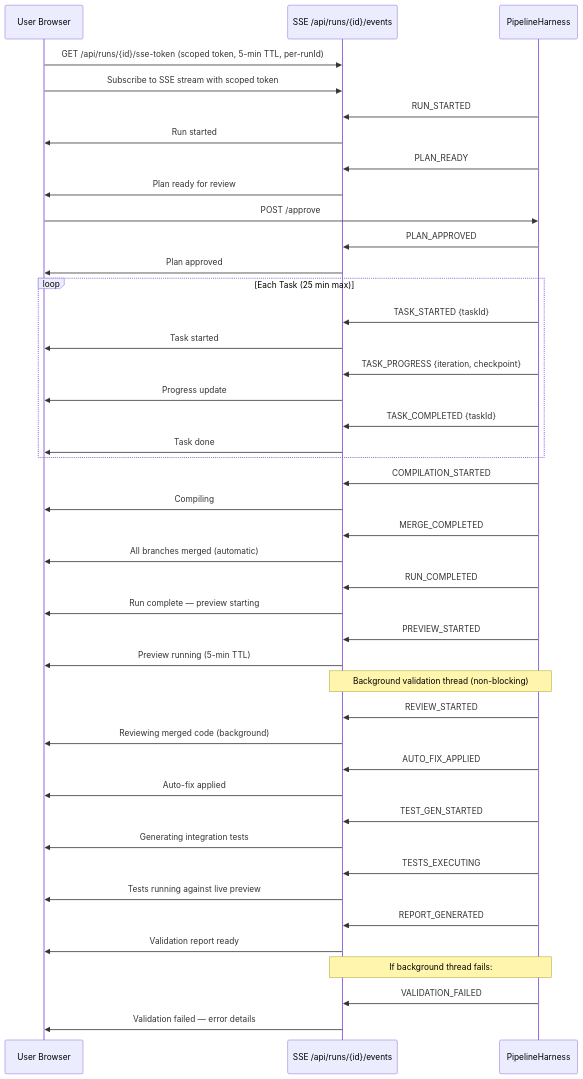
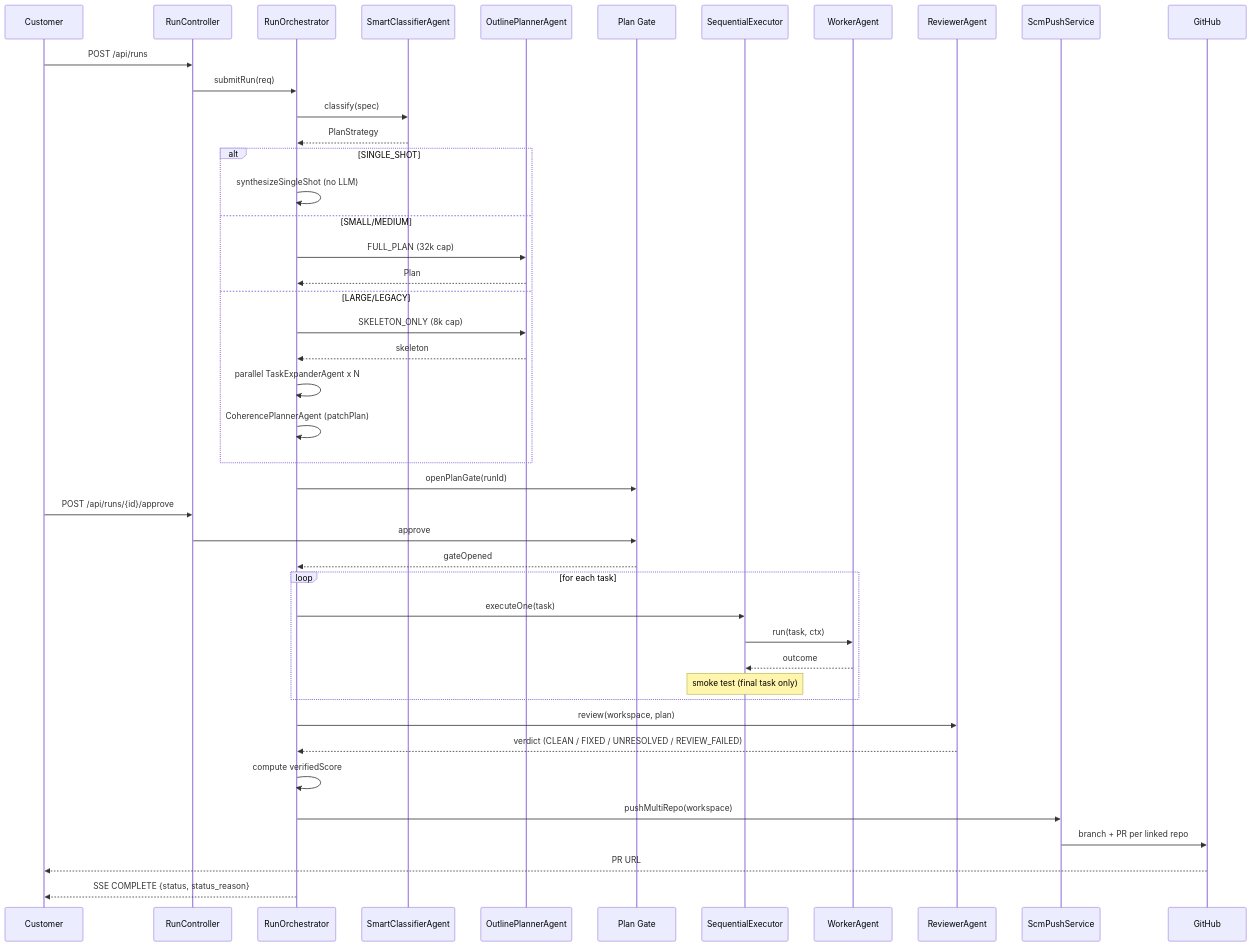
One commit to navneetprabhakar/executespec changed the first of 17 diagrams in docs/WORKFLOWS.md. Above: the diagram before and after it, drawn with Mermaid. The commit also changed other lines of this file and 40 other files, not shown here.

````diff
--- a/docs/WORKFLOWS.md
+++ b/docs/WORKFLOWS.md
@@ -142,46 +9,46 @@
 ```mermaid
 sequenceDiagram
-    participant U as User Browser
-    participant S as SSE /api/runs/{id}/events
-    participant P as PipelineHarness
-
-    U->>S: GET /api/runs/{id}/sse-token (scoped token, 5-min TTL, per-runId)
-    U->>S: Subscribe to SSE stream with scoped token
-    P->>S: RUN_STARTED
-    S->>U: Run started
-    P->>S: PLAN_READY
-    S->>U: Plan ready for review
-    U->>P: POST /approve
-    P->>S: PLAN_APPROVED
-    S->>U: Plan approved
-    loop Each Task (25 min max)
-        P->>S: TASK_STARTED {taskId}
-        S->>U: Task started
-        P->>S: TASK_PROGRESS {iteration, checkpoint}
-        S->>U: Progress update
-        P->>S: TASK_COMPLETED {taskId}
-        S->>U: Task done
-    end
-    P->>S: COMPILATION_STARTED
-    S->>U: Compiling
-    P->>S: MERGE_COMPLETED
-    S->>U: All branches merged (automatic)
-    P->>S: RUN_COMPLETED
-    S->>U: Run complete — preview starting
-    P->>S: PREVIEW_STARTED
-    S->>U: Preview running (5-min TTL)
-    Note over P,S: Background validation thread (non-blocking)
-    P->>S: REVIEW_STARTED
-    S->>U: Reviewing merged code (background)
-    P->>S: AUTO_FIX_APPLIED
-    S->>U: Auto-fix applied
-    P->>S: TEST_GEN_STARTED
-    S->>U: Generating integration tests
-    P->>S: TESTS_EXECUTING
-    S->>U: Tests running against live preview
-    P->>S: REPORT_GENERATED
-    S->>U: Validation report ready
-    Note over P,S: If background thread fails:
-    P->>S: VALIDATION_FAILED
-    S->>U: Validation failed — error details
+  participant U as Customer
+  participant R as RunController
+  participant O as RunOrchestrator
+  participant C as SmartClassifierAgent
+  participant P as OutlinePlannerAgent
+  participant G as Plan Gate
+  participant E as SequentialExecutor
+  participant W as WorkerAgent
+  participant V as ReviewerAgent
+  participant S as ScmPushService
+  participant GH as GitHub
+  U->>R: POST /api/runs
+  R->>O: submitRun(req)
+  O->>C: classify(spec)
+  C-->>O: PlanStrategy
+  alt SINGLE_SHOT
+    O->>O: synthesizeSingleShot (no LLM)
+  else SMALL/MEDIUM
+    O->>P: FULL_PLAN (32k cap)
+    P-->>O: Plan
+  else LARGE/LEGACY
+    O->>P: SKELETON_ONLY (8k cap)
+    P-->>O: skeleton
+    O->>O: parallel TaskExpanderAgent x N
+    O->>O: CoherencePlannerAgent (patchPlan)
+  end
+  O->>G: openPlanGate(runId)
+  U->>R: POST /api/runs/{id}/approve
+  R->>G: approve
+  G-->>O: gateOpened
+  loop for each task
+    O->>E: executeOne(task)
+    E->>W: run(task, ctx)
+    W-->>E: outcome
+    Note over E: smoke test (final task only)
+  end
+  O->>V: review(workspace, plan)
+  V-->>O: verdict (CLEAN / FIXED / UNRESOLVED / REVIEW_FAILED)
+  O->>O: compute verifiedScore
+  O->>S: pushMultiRepo(workspace)
+  S->>GH: branch + PR per linked repo
+  GH-->>U: PR URL
+  O-->>U: SSE COMPLETE {status, status_reason}
 ```
````
